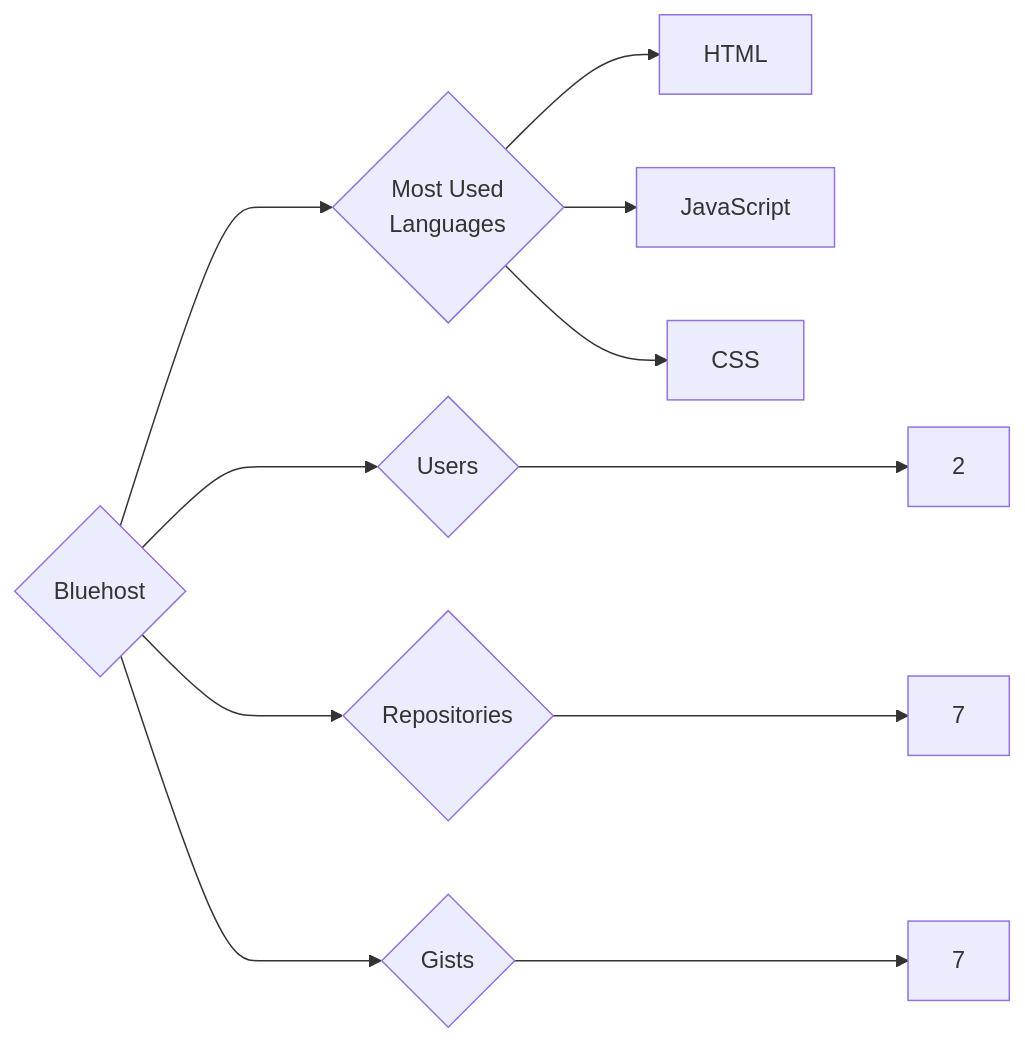
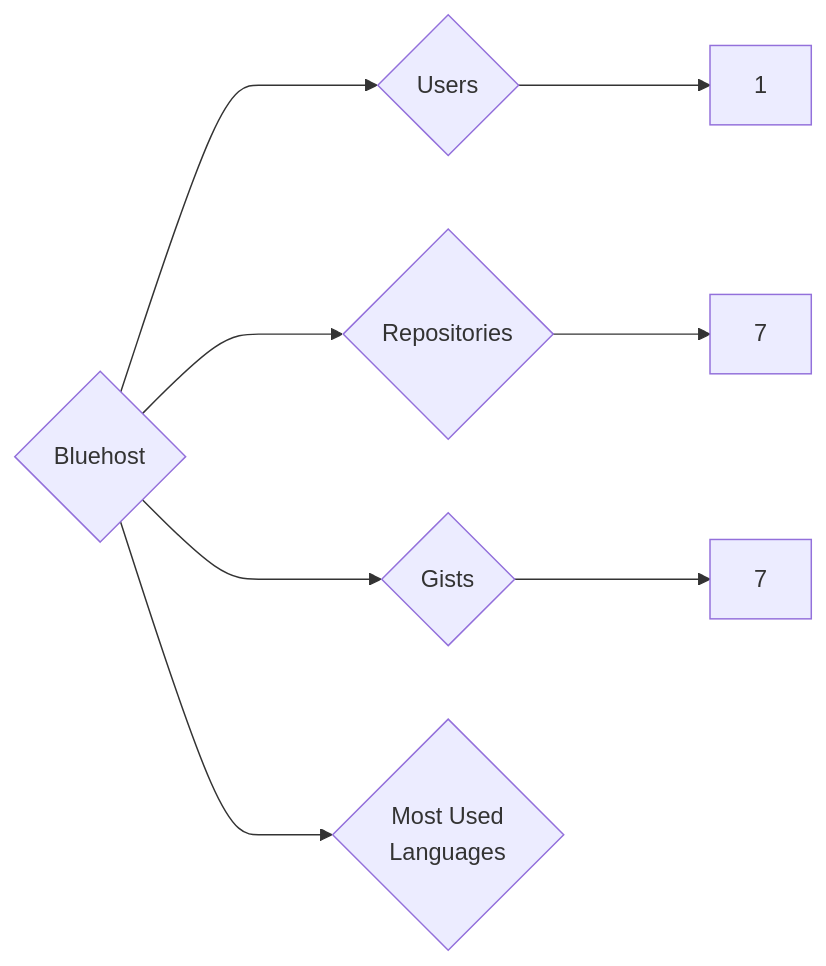
One commit to trickest/insiders changed the diagram in targets/Bluehost/README.md. Above: the diagram before and after it, drawn with Mermaid. The commit also changed 938 other files, not shown here.

````diff
--- a/targets/Bluehost/README.md
+++ b/targets/Bluehost/README.md
@@ -3,11 +3,8 @@
 ```mermaid
 graph LR
 COMPANY_NAME{Bluehost}
-COMPANY_NAME ---> U{Users} ---> UN[2]
+COMPANY_NAME ---> U{Users} ---> UN[1]
 COMPANY_NAME ---> R{Repositories} ---> RN[7]
 COMPANY_NAME ---> G{Gists} ---> GN[7]
 COMPANY_NAME ---> ML{Most Used<br>Languages}
-ML --> HTML[HTML]
-ML --> JavaScript[JavaScript]
-ML --> CSS[CSS]
 ```
````
